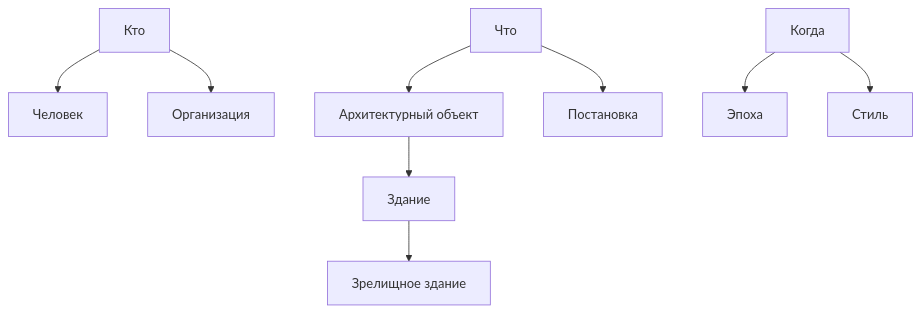
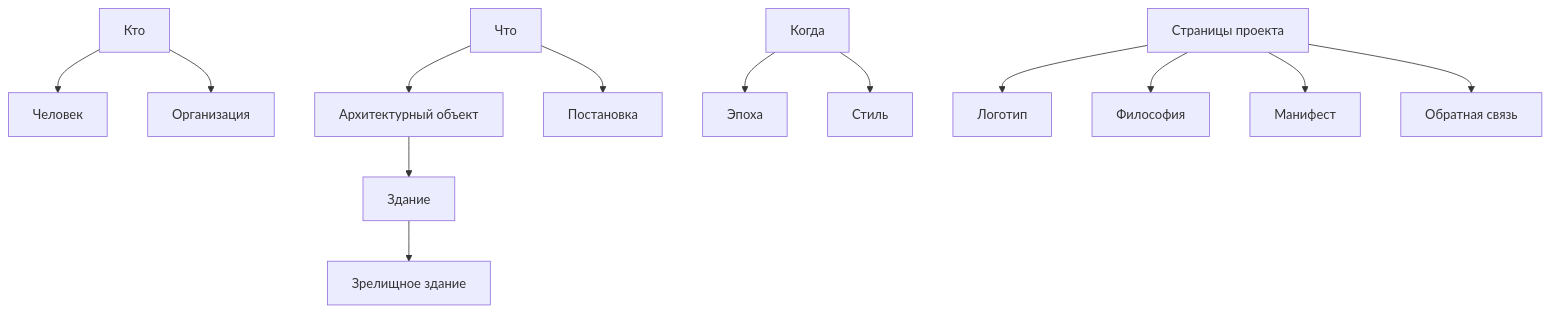
Before and after one commit to softom/2vhutemas2: the third of 9 diagrams in WIKI/Структура БД.md, drawn with Mermaid. The commit also changed other lines of this file and 13 other files, not shown here.

````diff
--- a/WIKI/Структура БД.md
+++ b/WIKI/Структура БД.md
@@ -328,11 +328,15 @@
 ```mermaid
 flowchart TD
     K["Кто"] --> K1["Человек"]
     K --> K2["Организация"]
     C["Что"] --> C1["Архитектурный объект"]
     C1 --> C11["Здание"]
     C11 --> C111["Зрелищное здание"]
     C --> C2["Постановка"]
     W["Когда"] --> W1["Эпоха"]
     W --> W2["Стиль"]
+    P["Страницы проекта"] --> P1["Логотип"]
+    P --> P2["Философия"]
+    P --> P3["Манифест"]
+    P --> P4["Обратная связь"]
 ```
````
